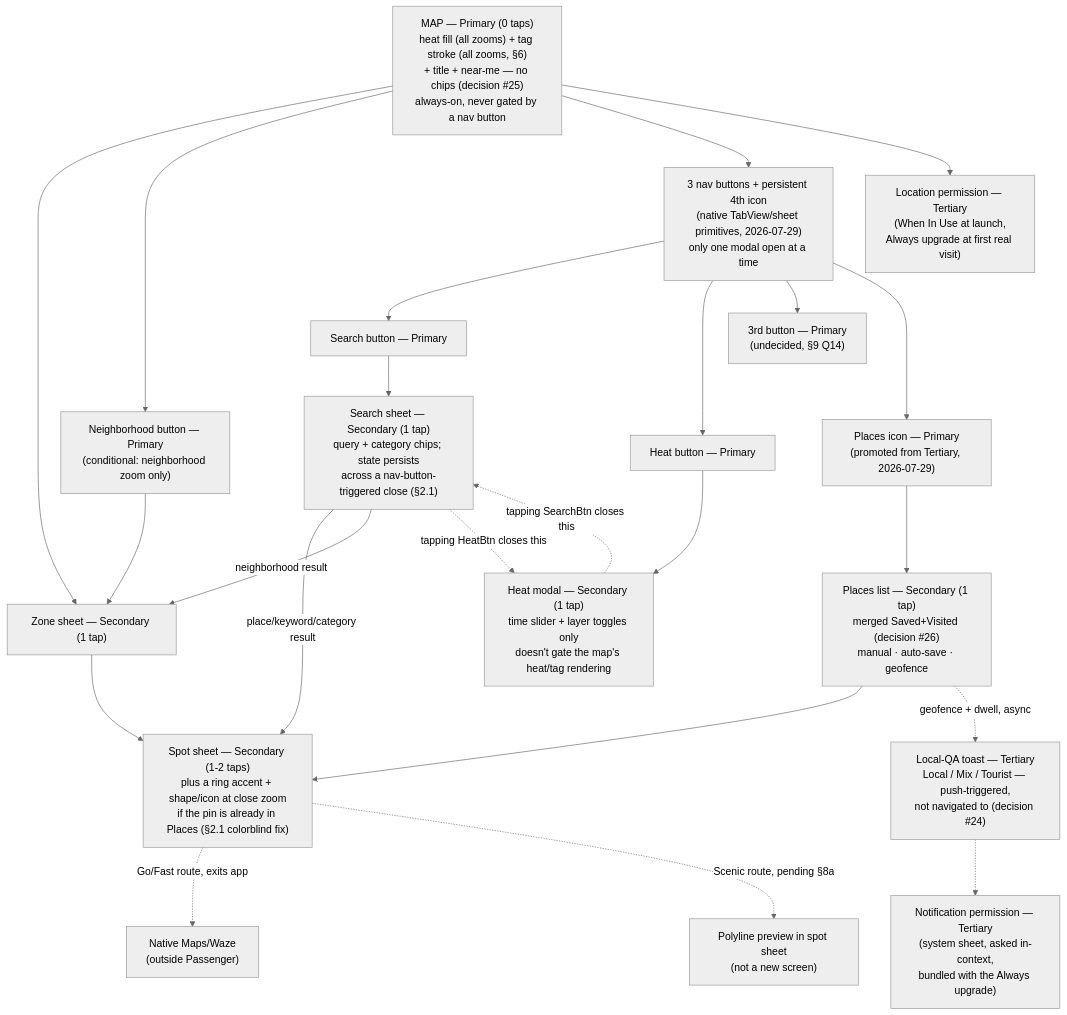
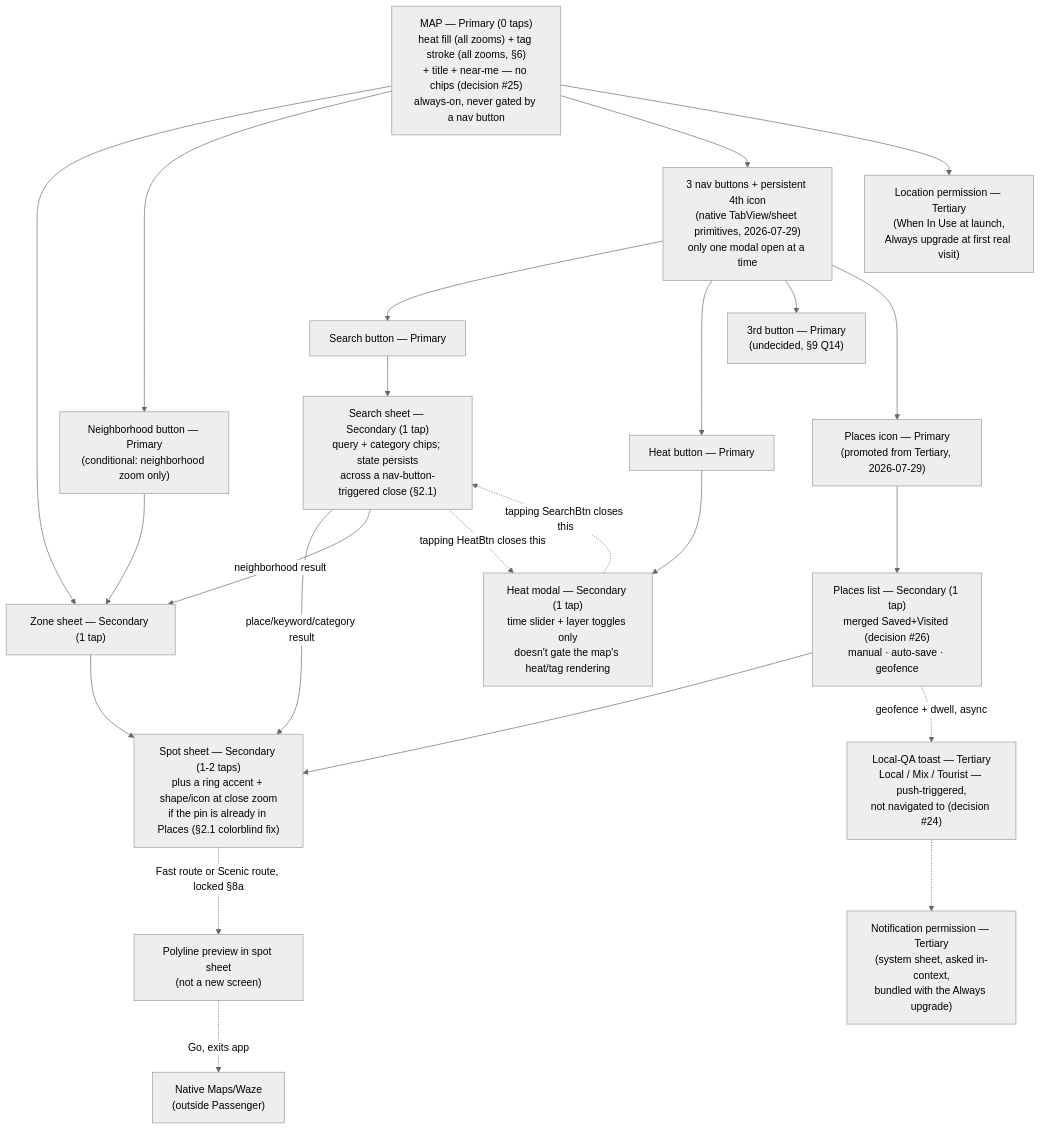
Before and after one commit to AviranGrisaro/passenger-brain: the ninth of 9 diagrams in design/ux-flows.md, drawn with Mermaid (neutral theme). The commit also changed other lines of this file and 1 other file, not shown here.

First line of the commit message:
Lock V1 routing-preview + live-events scope change, align ux-flows.md

````diff
--- a/design/ux-flows.md
+++ b/design/ux-flows.md
@@ -377,32 +377,32 @@
 ```mermaid
 flowchart TD
     Map["MAP — Primary (0 taps)\nheat fill (all zooms) + tag stroke (all zooms, §6)<br/>+ title + near-me — no chips (decision #25)<br/>always-on, never gated by a nav button"]
     Map --> Zone["Zone sheet — Secondary (1 tap)"]
     Map --> Neigh["Neighborhood button — Primary\n(conditional: neighborhood zoom only)"]
     Neigh --> Zone
     Zone --> Spot["Spot sheet — Secondary (1-2 taps)\nplus a ring accent + shape/icon at close zoom<br/>if the pin is already in Places (§2.1 colorblind fix)"]
-    Spot -.Go/Fast route, exits app.-> Handoff["Native Maps/Waze\n(outside Passenger)"]
-    Spot -.Scenic route, pending §8a.-> Preview["Polyline preview in spot sheet\n(not a new screen)"]
+    Spot -.Fast route or Scenic route, locked §8a.-> Preview["Polyline preview in spot sheet\n(not a new screen)"]
+    Preview -.Go, exits app.-> Handoff["Native Maps/Waze\n(outside Passenger)"]
 
     NavRow["3 nav buttons + persistent 4th icon\n(native TabView/sheet primitives, 2026-07-29)\nonly one modal open at a time"]
     Map --> NavRow
     NavRow --> SearchBtn["Search button — Primary"]
     NavRow --> HeatBtn["Heat button — Primary"]
     NavRow --> ThirdBtn["3rd button — Primary\n(undecided, §9 Q14)"]
     NavRow --> PlacesIcon["Places icon — Primary\n(promoted from Tertiary, 2026-07-29)"]
 
     SearchBtn --> Search["Search sheet — Secondary (1 tap)\nquery + category chips; state persists\nacross a nav-button-triggered close (§2.1)"]
     Search -->|place/keyword/category result| Spot
     Search -->|neighborhood result| Zone
 
     HeatBtn --> HeatModal["Heat modal — Secondary (1 tap)\ntime slider + layer toggles only\ndoesn't gate the map's heat/tag rendering"]
 
     PlacesIcon --> Places["Places list — Secondary (1 tap)\nmerged Saved+Visited (decision #26)<br/>manual · auto-save · geofence"]
     Places --> Spot
     Places -.geofence + dwell, async.-> QA["Local-QA toast — Tertiary\nLocal / Mix / Tourist — push-triggered,<br/>not navigated to (decision #24)"]
     Map --> Perm["Location permission — Tertiary\n(When In Use at launch,<br/>Always upgrade at first real visit)"]
     QA -.-> NotifPerm["Notification permission — Tertiary\n(system sheet, asked in-context,<br/>bundled with the Always upgrade)"]
 
     Search -.tapping HeatBtn closes this.-> HeatModal
     HeatModal -.tapping SearchBtn closes this.-> Search
 ```
````
